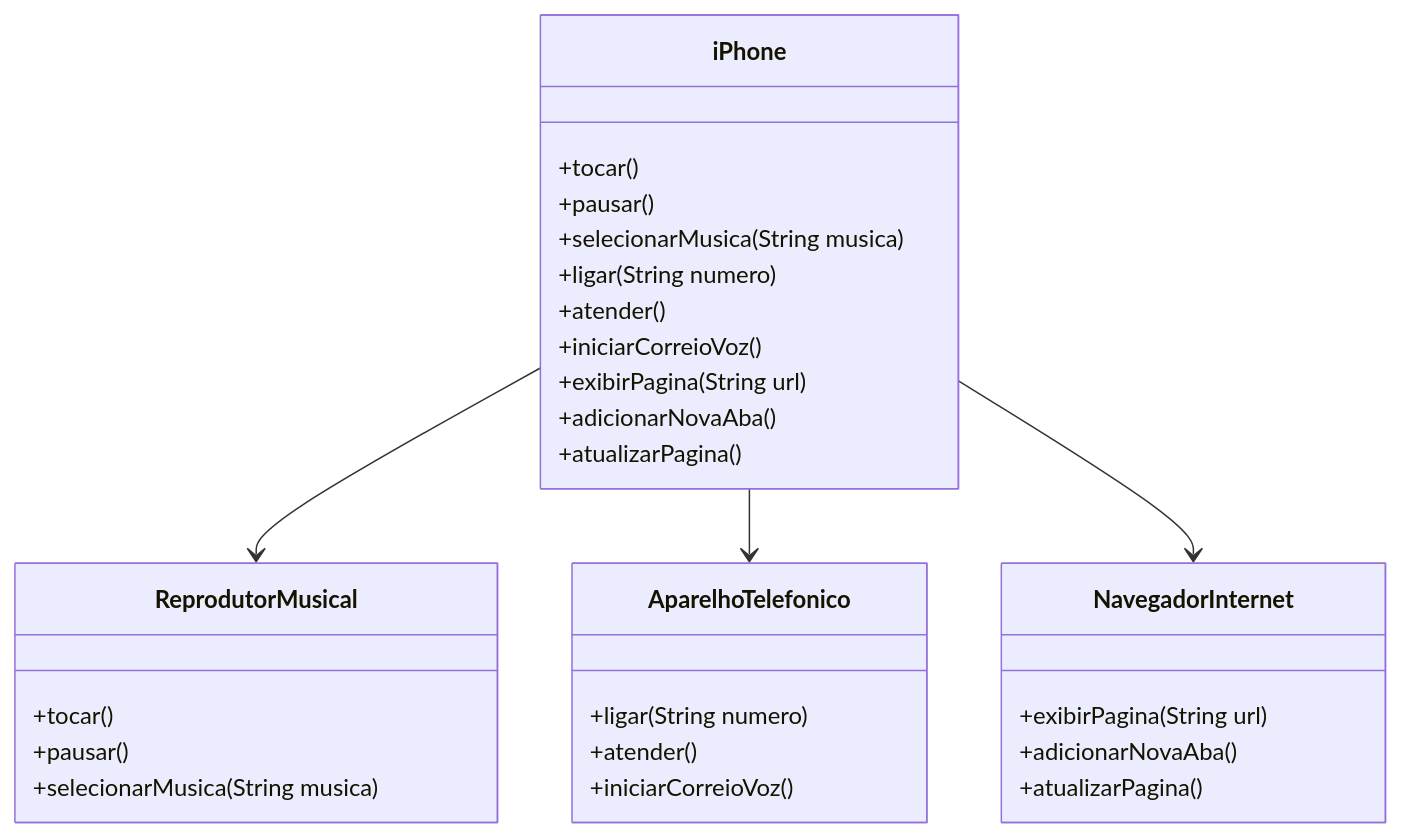
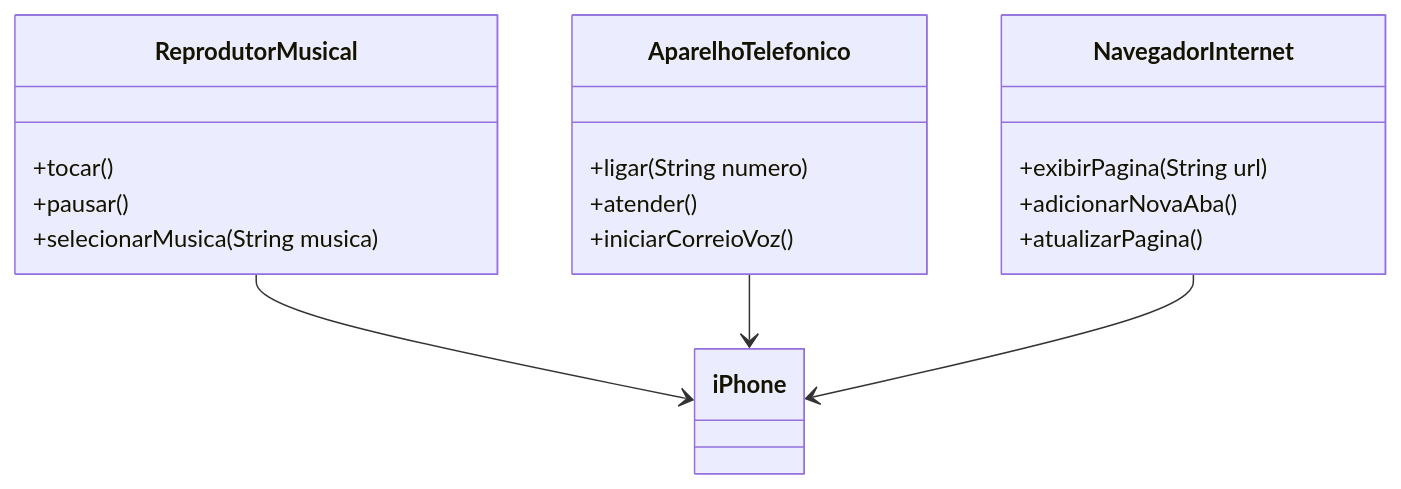
Before and after one commit to marcusvscostaa/DesafioControleFluxo: the diagram in README.md, drawn with Mermaid.

````diff
--- a/README.md
+++ b/README.md
@@ -3,36 +3,28 @@
 ```mermaid
 classDiagram
     class ReprodutorMusical {
         +tocar()
         +pausar()
         +selecionarMusica(String musica)
     }
 
     class AparelhoTelefonico {
         +ligar(String numero)
         +atender()
         +iniciarCorreioVoz()
     }
 
     class NavegadorInternet {
         +exibirPagina(String url)
         +adicionarNovaAba()
         +atualizarPagina()
     }
 
     class iPhone {
-        +tocar()
-        +pausar()
-        +selecionarMusica(String musica)
-        +ligar(String numero)
-        +atender()
-        +iniciarCorreioVoz()
-        +exibirPagina(String url)
-        +adicionarNovaAba()
-        +atualizarPagina()
+
     }
 
-    iPhone --> ReprodutorMusical
-    iPhone --> AparelhoTelefonico
-    iPhone --> NavegadorInternet
+    ReprodutorMusical --> iPhone
+    AparelhoTelefonico --> iPhone
+    NavegadorInternet --> iPhone
 ```
````
